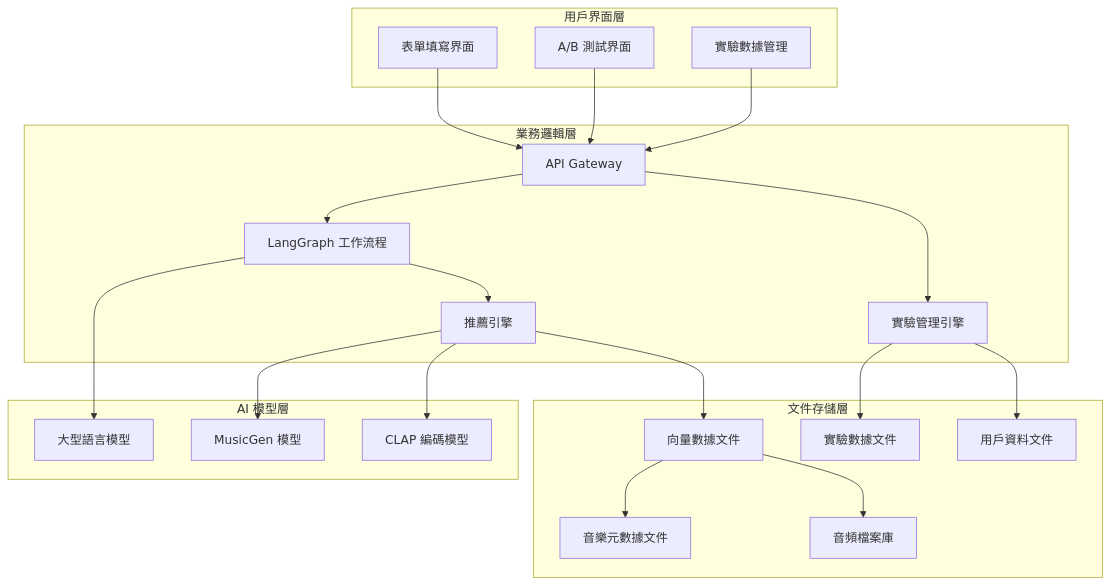
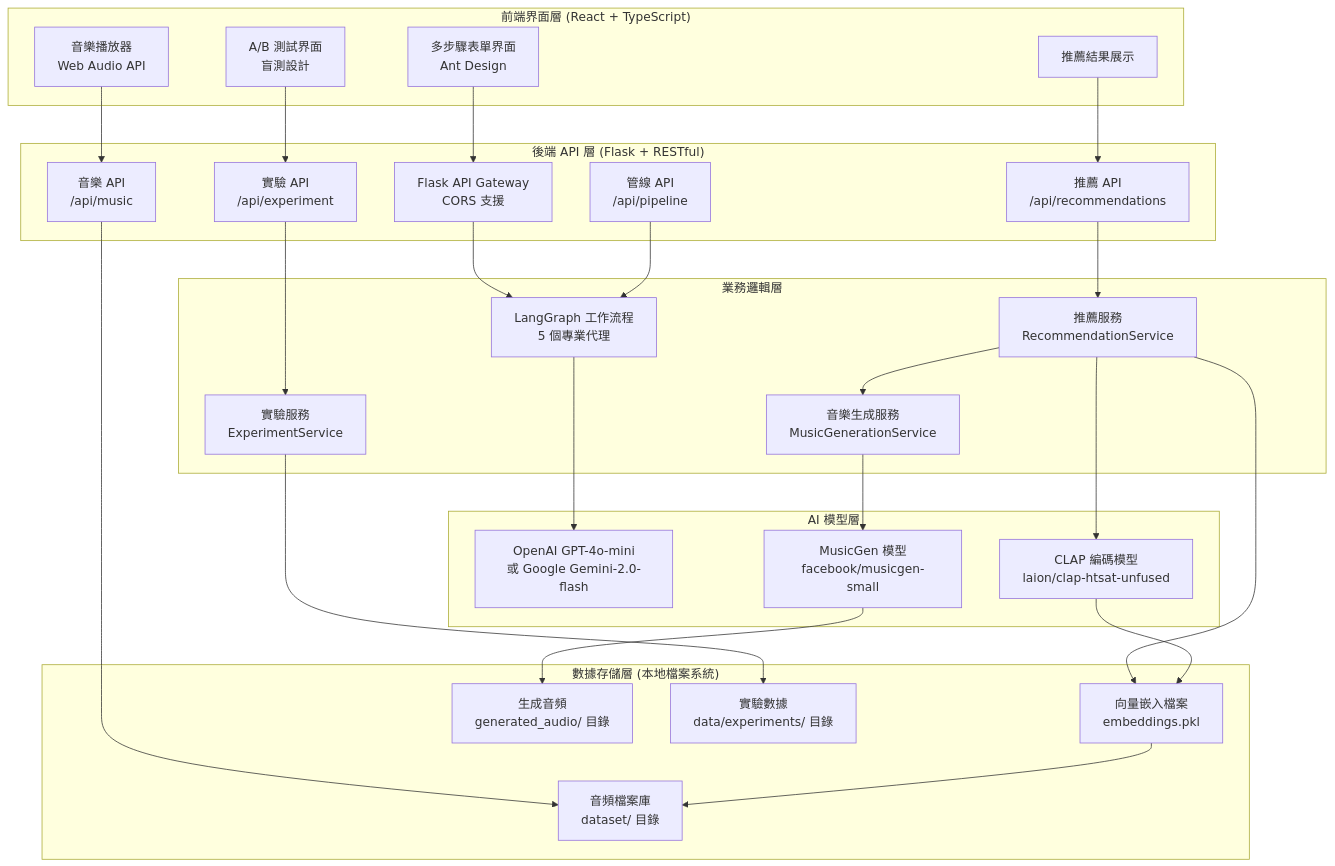
The second of 13 diagrams in docs/RecommendationSystem.md (whats2000/sleep-recommendation-system), drawn with Mermaid before and after one commit. The commit also changed other lines of this file, not shown here.

````diff
--- a/docs/RecommendationSystem.md
+++ b/docs/RecommendationSystem.md
@@ -43,43 +44,59 @@
 ```mermaid
 graph TB
-    subgraph "用戶界面層"
-        UI[表單填寫界面]
-        TEST[A/B 測試界面]
-        ADMIN[實驗數據管理]
+    subgraph "前端界面層 (React + TypeScript)"
+        UI[多步驟表單界面<br/>Ant Design]
+        PLAYER[音樂播放器<br/>Web Audio API]
+        TEST[A/B 測試界面<br/>盲測設計]
+        RESULTS[推薦結果展示]
     end
-    
+
+    subgraph "後端 API 層 (Flask + RESTful)"
+        API[Flask API Gateway<br/>CORS 支援]
+        REC_API[推薦 API<br/>/api/recommendations]
+        EXP_API[實驗 API<br/>/api/experiment]
+        MUSIC_API[音樂 API<br/>/api/music]
+        PIPELINE_API[管線 API<br/>/api/pipeline]
+    end
+
     subgraph "業務邏輯層"
-        API[API Gateway]
-        WORKFLOW[LangGraph 工作流程]
-        RECOMMEND[推薦引擎]
-        EXPERIMENT[實驗管理引擎]
+        WORKFLOW[LangGraph 工作流程<br/>5 個專業代理]
+        RECOMMEND[推薦服務<br/>RecommendationService]
+        EXPERIMENT[實驗服務<br/>ExperimentService]
+        MUSIC_GEN[音樂生成服務<br/>MusicGenerationService]
     end
-    
+
     subgraph "AI 模型層"
-        LLM[大型語言模型]
-        MUSICGEN[MusicGen 模型]
-        CLAP[CLAP 編碼模型]
+        LLM[OpenAI GPT-4o-mini<br/>或 Google Gemini-2.0-flash]
+        MUSICGEN[MusicGen 模型<br/>facebook/musicgen-small]
+        CLAP[CLAP 編碼模型<br/>laion/clap-htsat-unfused]
     end
-      subgraph "文件存儲層"
-        VECTOR[向量數據文件]
-        METADATA[音樂元數據文件]
-        AUDIO[音頻檔案庫]
-        EXPERIMENT_DATA[實驗數據文件]
-        USER_DATA[用戶資料文件]
+
+    subgraph "數據存儲層 (本地檔案系統)"
+        EMBEDDINGS[向量嵌入檔案<br/>embeddings.pkl]
+        DATASET[音頻檔案庫<br/>dataset/ 目錄]
+        GENERATED[生成音頻<br/>generated_audio/ 目錄]
+        EXP_DATA[實驗數據<br/>data/experiments/ 目錄]
     end
-    
+
     UI --> API
-    TEST --> API
-    ADMIN --> API
+    PLAYER --> MUSIC_API
+    TEST --> EXP_API
+    RESULTS --> REC_API
+
     API --> WORKFLOW
-    API --> EXPERIMENT
+    REC_API --> RECOMMEND
+    EXP_API --> EXPERIMENT
+    MUSIC_API --> DATASET
+    PIPELINE_API --> WORKFLOW
+
     WORKFLOW --> LLM
-    WORKFLOW --> RECOMMEND
-    RECOMMEND --> MUSICGEN
+    RECOMMEND --> MUSIC_GEN
+    MUSIC_GEN --> MUSICGEN
     RECOMMEND --> CLAP
-    RECOMMEND --> VECTOR
-    EXPERIMENT --> EXPERIMENT_DATA
-    EXPERIMENT --> USER_DATA
-    VECTOR --> METADATA
-    VECTOR --> AUDIO
+    RECOMMEND --> EMBEDDINGS
+    EXPERIMENT --> EXP_DATA
+
+    CLAP --> EMBEDDINGS
+    MUSICGEN --> GENERATED
+    EMBEDDINGS --> DATASET
 ```
````
